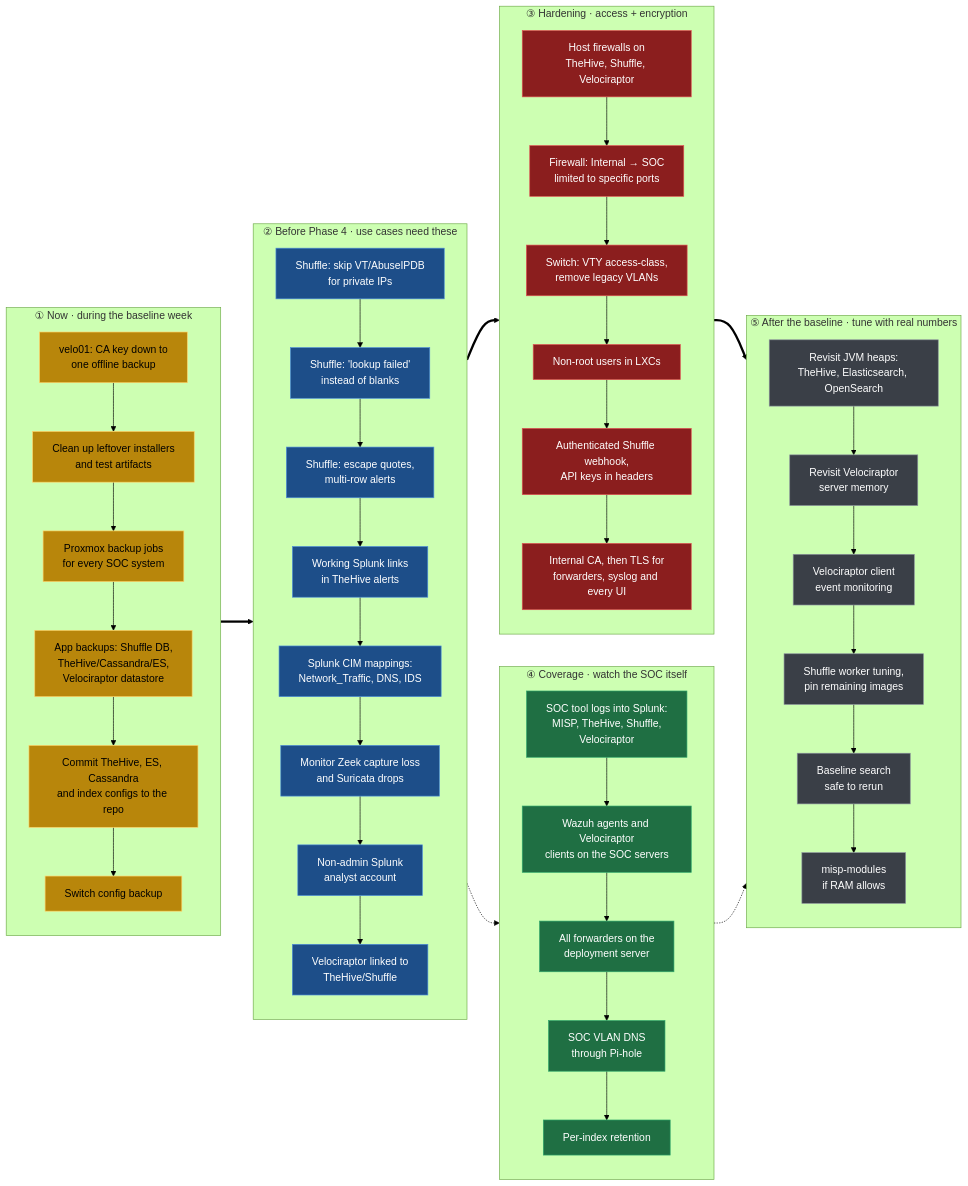
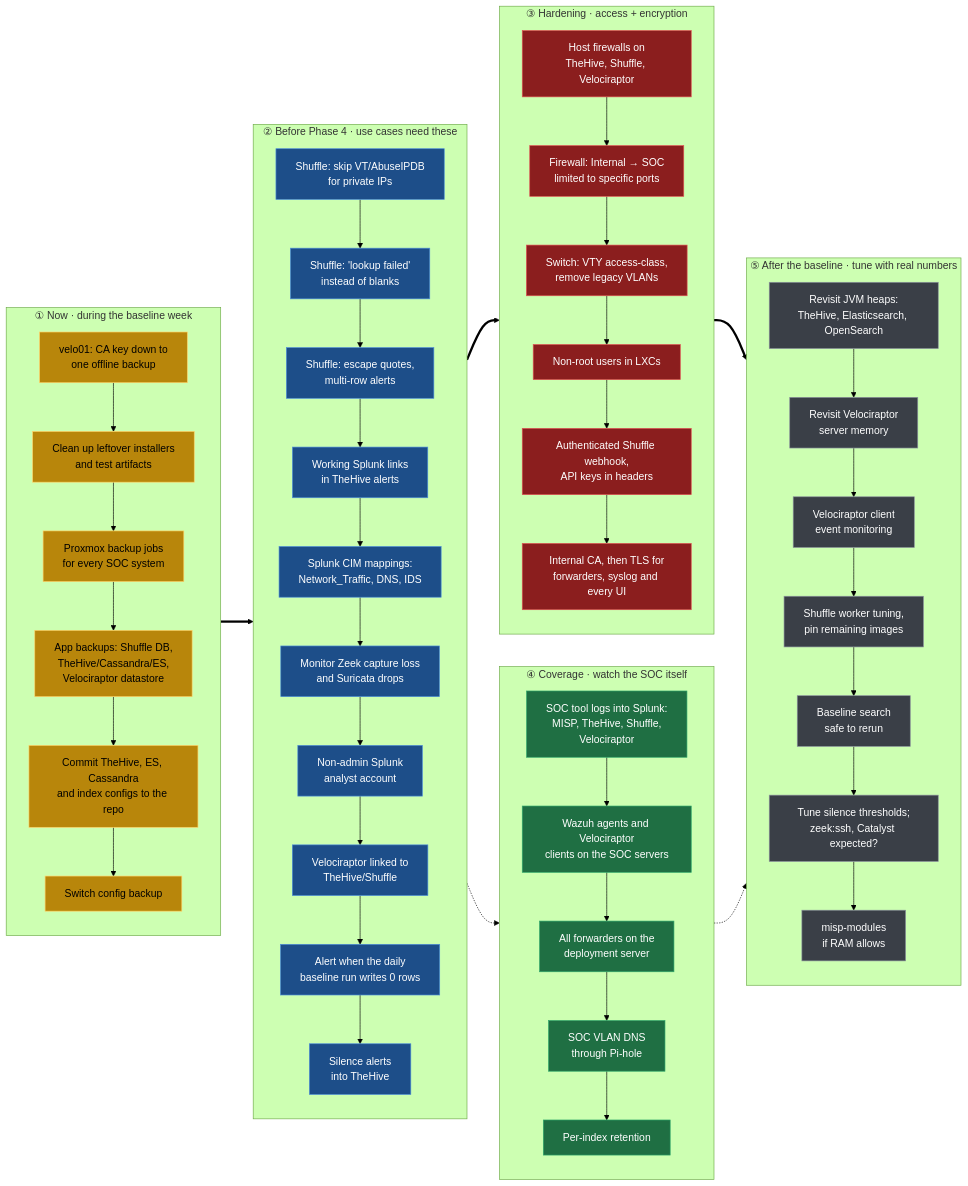
One commit to caleb57912/SOC-Homelab changed the third of 3 diagrams in 00-START-HERE-Build-Log/ROADMAP.md. Above: the diagram before and after it, drawn with Mermaid (forest theme). The commit also changed other lines of this file and 3 other files, not shown here.

Commit message:
3.4 Baseline week (WIP): summary, README row, roadmap update, compact dashboard

````diff
--- a/00-START-HERE-Build-Log/ROADMAP.md
+++ b/00-START-HERE-Build-Log/ROADMAP.md
@@ -73,74 +73,77 @@
 ```mermaid
 flowchart LR
     subgraph T1["① Now · during the baseline week"]
         direction TB
         a1["velo01: CA key down to<br/>one offline backup"]
         a2["Clean up leftover installers<br/>and test artifacts"]
         a3["Proxmox backup jobs<br/>for every SOC system"]
         a4["App backups: Shuffle DB,<br/>TheHive/Cassandra/ES,<br/>Velociraptor datastore"]
         a5["Commit TheHive, ES, Cassandra<br/>and index configs to the repo"]
         a6["Switch config backup"]
         a1 --> a2 --> a3 --> a4 --> a5 --> a6
     end
 
     subgraph T2["② Before Phase 4 · use cases need these"]
         direction TB
         b1["Shuffle: skip VT/AbuseIPDB<br/>for private IPs"]
         b2["Shuffle: 'lookup failed'<br/>instead of blanks"]
         b3["Shuffle: escape quotes,<br/>multi-row alerts"]
         b4["Working Splunk links<br/>in TheHive alerts"]
         b5["Splunk CIM mappings:<br/>Network_Traffic, DNS, IDS"]
         b6["Monitor Zeek capture loss<br/>and Suricata drops"]
         b7["Non-admin Splunk<br/>analyst account"]
         b8["Velociraptor linked to<br/>TheHive/Shuffle"]
-        b1 --> b2 --> b3 --> b4 --> b5 --> b6 --> b7 --> b8
+        b9["Alert when the daily<br/>baseline run writes 0 rows"]
+        b10["Silence alerts<br/>into TheHive"]
+        b1 --> b2 --> b3 --> b4 --> b5 --> b6 --> b7 --> b8 --> b9 --> b10
     end
 
     subgraph T3["③ Hardening · access + encryption"]
         direction TB
         c1["Host firewalls on<br/>TheHive, Shuffle, Velociraptor"]
         c2["Firewall: Internal → SOC<br/>limited to specific ports"]
         c3["Switch: VTY access-class,<br/>remove legacy VLANs"]
         c4["Non-root users in LXCs"]
         c5["Authenticated Shuffle webhook,<br/>API keys in headers"]
         c6["Internal CA, then TLS for<br/>forwarders, syslog and every UI"]
         c1 --> c2 --> c3 --> c4 --> c5 --> c6
     end
 
     subgraph T4["④ Coverage · watch the SOC itself"]
         direction TB
         d1["SOC tool logs into Splunk:<br/>MISP, TheHive, Shuffle,<br/>Velociraptor"]
         d2["Wazuh agents and Velociraptor<br/>clients on the SOC servers"]
         d3["All forwarders on the<br/>deployment server"]
         d4["SOC VLAN DNS<br/>through Pi-hole"]
         d5["Per-index retention"]
         d1 --> d2 --> d3 --> d4 --> d5
     end
 
     subgraph T5["⑤ After the baseline · tune with real numbers"]
         direction TB
         e1["Revisit JVM heaps:<br/>TheHive, Elasticsearch, OpenSearch"]
         e2["Revisit Velociraptor<br/>server memory"]
         e3["Velociraptor client<br/>event monitoring"]
         e4["Shuffle worker tuning,<br/>pin remaining images"]
         e5["Baseline search<br/>safe to rerun"]
-        e6["misp-modules<br/>if RAM allows"]
-        e1 --> e2 --> e3 --> e4 --> e5 --> e6
+        e6["Tune silence thresholds;<br/>zeek:ssh, Catalyst expected?"]
+        e7["misp-modules<br/>if RAM allows"]
+        e1 --> e2 --> e3 --> e4 --> e5 --> e6 --> e7
     end
 
     T1 ==> T2 ==> T3
     T2 -.-> T4
     T3 ==> T5
     T4 -.-> T5
 
     classDef now fill:#b8860b,stroke:#ffd166,color:#000000
     classDef pre fill:#1d4e89,stroke:#4c8ed9,color:#ffffff
     classDef hard fill:#8b1e1e,stroke:#e05252,color:#ffffff
     classDef cov fill:#1f6f43,stroke:#2ea86b,color:#ffffff
     classDef tune fill:#3a3f47,stroke:#8a929c,color:#ffffff
     class a1,a2,a3,a4,a5,a6 now
-    class b1,b2,b3,b4,b5,b6,b7,b8 pre
+    class b1,b2,b3,b4,b5,b6,b7,b8,b9,b10 pre
     class c1,c2,c3,c4,c5,c6 hard
     class d1,d2,d3,d4,d5 cov
-    class e1,e2,e3,e4,e5,e6 tune
+    class e1,e2,e3,e4,e5,e6,e7 tune
 ```
````
